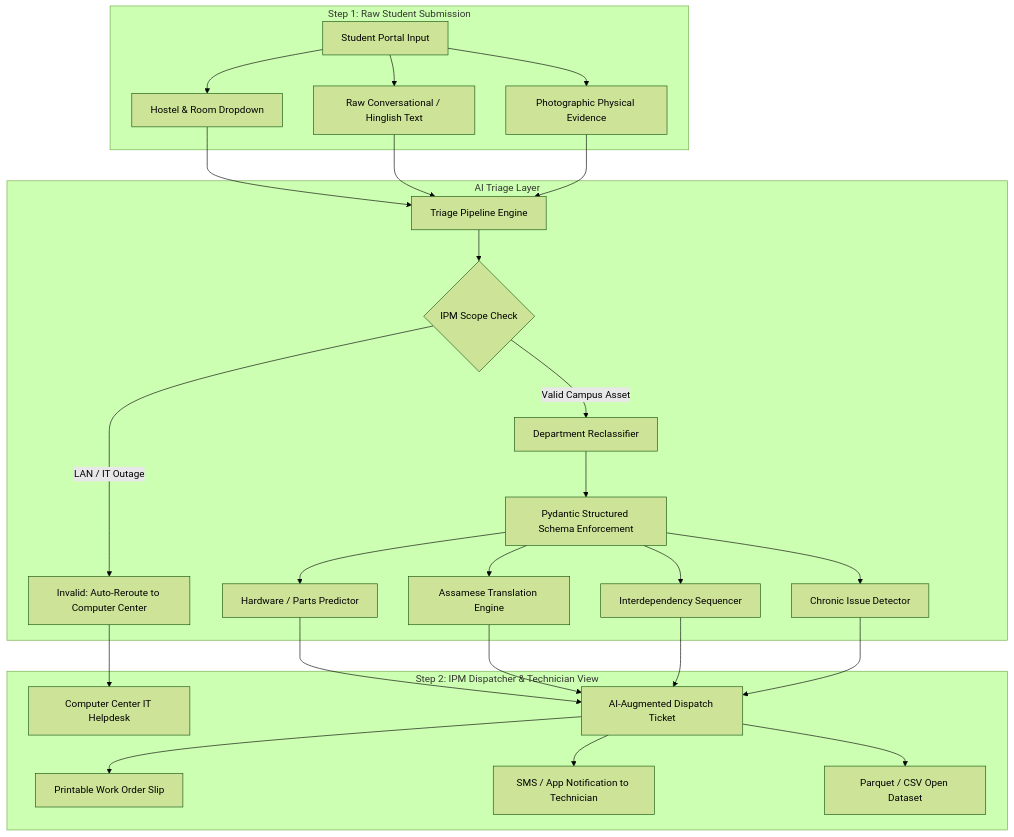
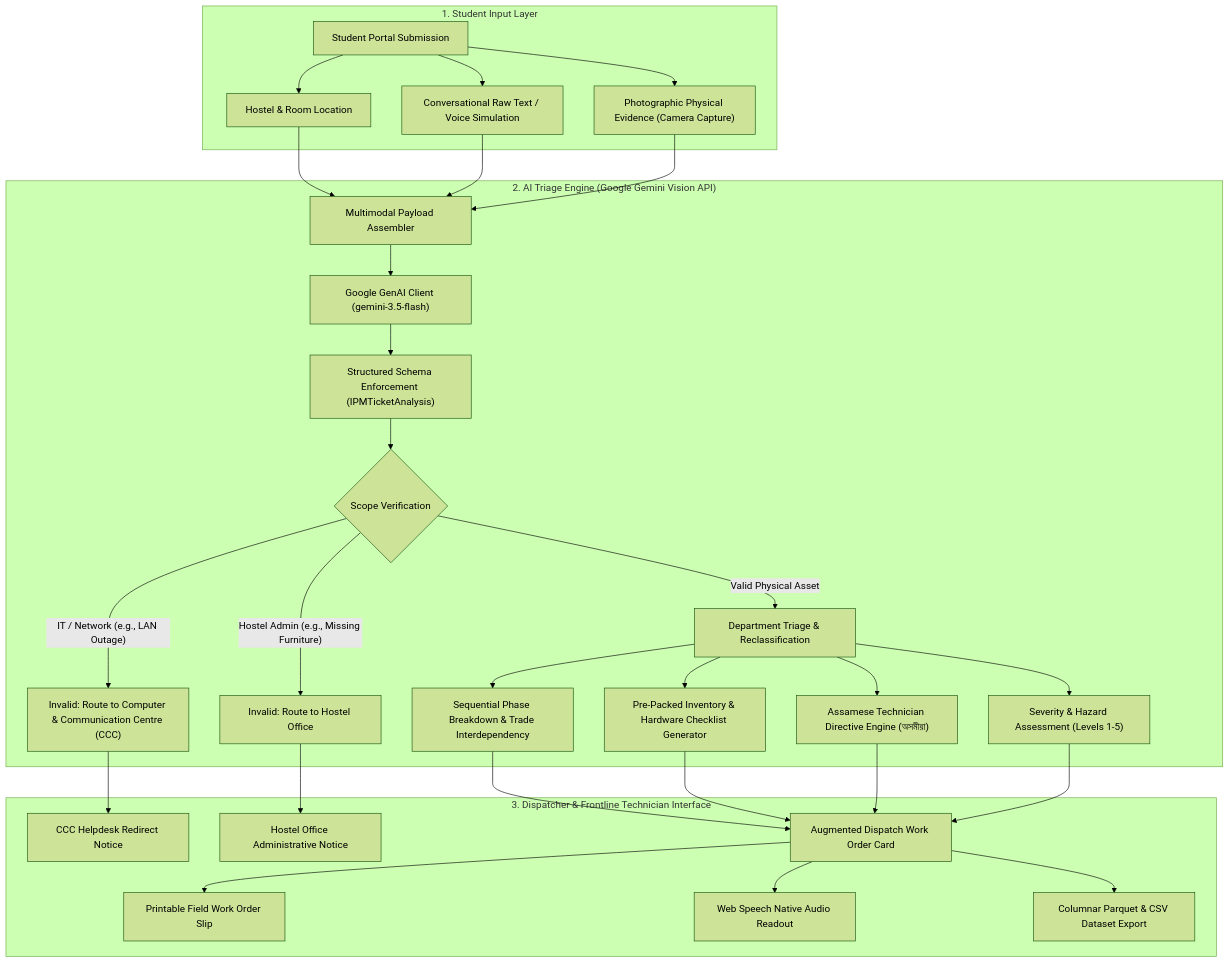
Before and after one commit to maidevalhoon/IPM: the diagram in README.md, drawn with Mermaid (forest theme). The commit also changed other lines of this file, not shown here.

Commit message:
docs: improve architecture, add How We Used AI section, remove demo cases table, remove all emojis

````diff
--- a/README.md
+++ b/README.md
@@ -30,28 +34,33 @@
 ```mermaid
 flowchart TD
-    subgraph Step 1: Raw Student Submission
-        A[Student Portal Input] --> B[Hostel & Room Dropdown]
-        A --> C[Raw Conversational / Hinglish Text]
-        A --> D[Photographic Physical Evidence]
+    subgraph InputLayer ["1. Student Input Layer"]
+        A["Student Portal Submission"] --> B["Hostel & Room Location"]
+        A --> C["Conversational Raw Text / Voice Simulation"]
+        A --> D["Photographic Physical Evidence (Camera Capture)"]
     end
 
-    subgraph AI Triage Layer
-        B & C & D --> E[Triage Pipeline Engine]
-        E --> F{IPM Scope Check}
-        F -- "LAN / IT Outage" --> G[Invalid: Auto-Reroute to Computer Center]
-        F -- "Valid Campus Asset" --> H[Department Reclassifier]
-        H --> I[Pydantic Structured Schema Enforcement]
-        I --> J[Hardware / Parts Predictor]
-        I --> K[Assamese Translation Engine]
-        I --> L[Interdependency Sequencer]
-        I --> M[Chronic Issue Detector]
+    subgraph MultimodalCore ["2. AI Triage Engine (Google Gemini Vision API)"]
+        B & C & D --> E["Multimodal Payload Assembler"]
+        E --> F["Google GenAI Client (gemini-3.5-flash)"]
+        F --> G["Structured Schema Enforcement (IPMTicketAnalysis)"]
+        
+        G --> H{"Scope Verification"}
+        H -- "IT / Network (e.g., LAN Outage)" --> I["Invalid: Route to Computer & Communication Centre (CCC)"]
+        H -- "Hostel Admin (e.g., Missing Furniture)" --> J["Invalid: Route to Hostel Office"]
+        H -- "Valid Physical Asset" --> K["Department Triage & Reclassification"]
+        
+        K --> L["Sequential Phase Breakdown & Trade Interdependency"]
+        K --> M["Pre-Packed Inventory & Hardware Checklist Generator"]
+        K --> N["Assamese Technician Directive Engine (অসমীয়া)"]
+        K --> O["Severity & Hazard Assessment (Levels 1-5)"]
     end
 
-    subgraph Step 2: IPM Dispatcher & Technician View
-        G --> N[Computer Center IT Helpdesk]
-        J & K & L & M --> O[AI-Augmented Dispatch Ticket]
-        O --> P[Printable Work Order Slip]
-        O --> Q[SMS / App Notification to Technician]
-        O --> R[Parquet / CSV Open Dataset]
+    subgraph OutputLayer ["3. Dispatcher & Frontline Technician Interface"]
+        I --> P["CCC Helpdesk Redirect Notice"]
+        J --> Q["Hostel Office Administrative Notice"]
+        L & M & N & O --> R["Augmented Dispatch Work Order Card"]
+        R --> S["Printable Field Work Order Slip"]
+        R --> T["Web Speech Native Audio Readout"]
+        R --> U["Columnar Parquet & CSV Dataset Export"]
     end
 ```
````
